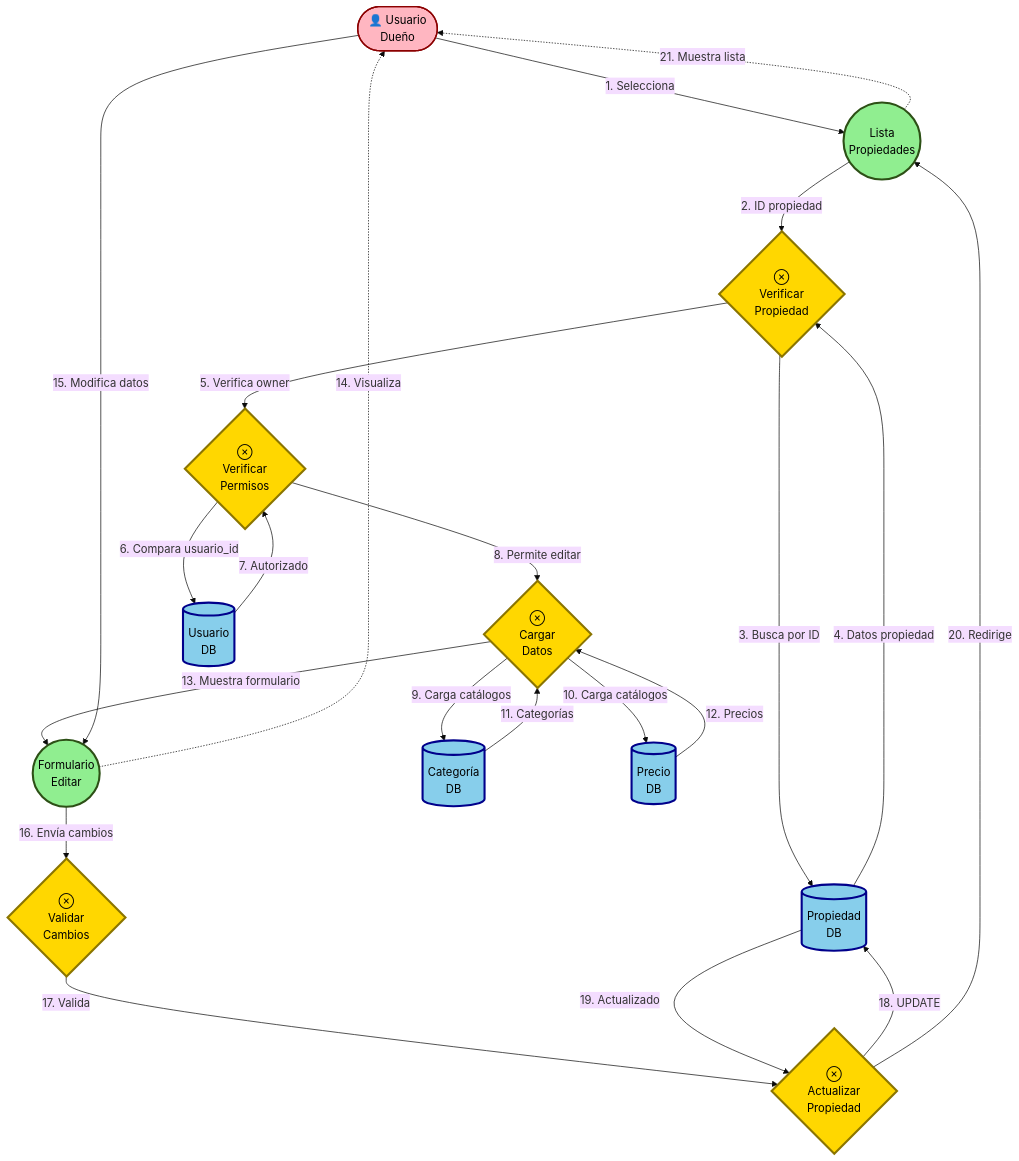
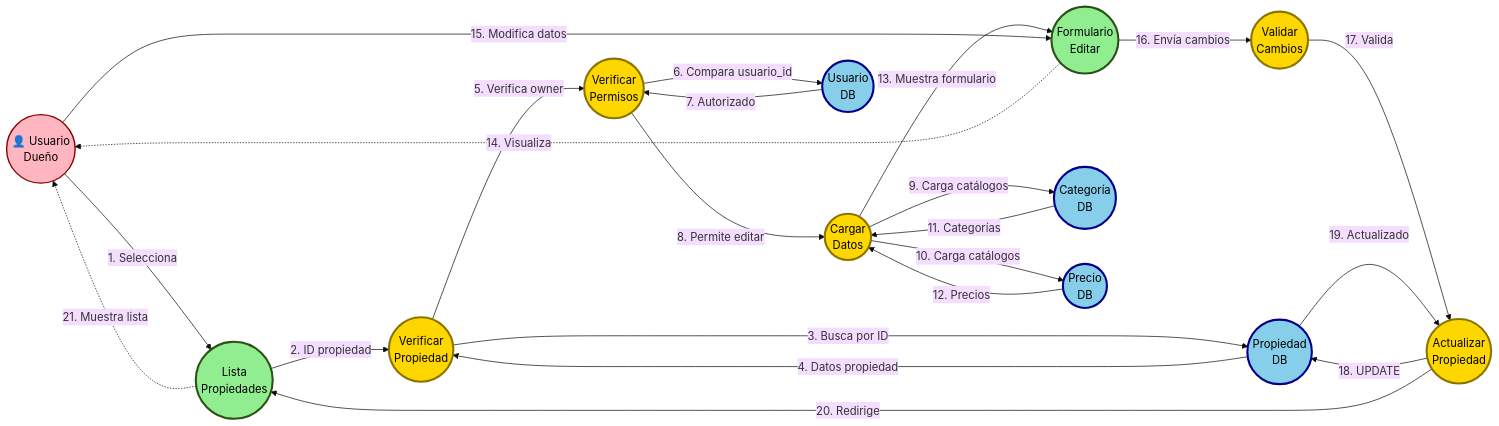
Before and after one commit to cgala/TFI_HybridParking: the fourth of 8 diagrams in diagrama-robustez-uml.md, drawn with Mermaid (base theme). The commit also changed other lines of this file and 1 other file, not shown here.

First line of the commit message:
Refactor: Diagramas de robustez con elementos redondos y diseño horizontal

````diff
--- a/diagrama-robustez-uml.md
+++ b/diagrama-robustez-uml.md
@@ -245,54 +245,54 @@
 ```mermaid
-graph TB
-    Actor([👤 Usuario<br/>Dueño])
+graph LR
+    Actor((👤 Usuario<br/>Dueño))
 
     %% BOUNDARIES
     B1((Lista<br/>Propiedades))
     B2((Formulario<br/>Editar))
 
     %% CONTROLS
-    C1{⊗<br/>Verificar<br/>Propiedad}
-    C2{⊗<br/>Cargar<br/>Datos}
-    C3{⊗<br/>Validar<br/>Cambios}
-    C4{⊗<br/>Actualizar<br/>Propiedad}
-    C5{⊗<br/>Verificar<br/>Permisos}
+    C1((Verificar<br/>Propiedad))
+    C2((Cargar<br/>Datos))
+    C3((Validar<br/>Cambios))
+    C4((Actualizar<br/>Propiedad))
+    C5((Verificar<br/>Permisos))
 
     %% ENTITIES
-    E1[(Propiedad<br/>DB)]
-    E2[(Categoría<br/>DB)]
-    E3[(Precio<br/>DB)]
-    E4[(Usuario<br/>DB)]
+    E1((Propiedad<br/>DB))
+    E2((Categoría<br/>DB))
+    E3((Precio<br/>DB))
+    E4((Usuario<br/>DB))
 
     Actor -->|1. Selecciona| B1
     B1 -->|2. ID propiedad| C1
     C1 -->|3. Busca por ID| E1
     E1 -->|4. Datos propiedad| C1
     C1 -->|5. Verifica owner| C5
     C5 -->|6. Compara usuario_id| E4
     E4 -->|7. Autorizado| C5
     C5 -->|8. Permite editar| C2
     C2 -->|9. Carga catálogos| E2
     C2 -->|10. Carga catálogos| E3
     E2 -->|11. Categorías| C2
     E3 -->|12. Precios| C2
     C2 -->|13. Muestra formulario| B2
     B2 -.->|14. Visualiza| Actor
 
     Actor -->|15. Modifica datos| B2
     B2 -->|16. Envía cambios| C3
     C3 -->|17. Valida| C4
     C4 -->|18. UPDATE| E1
     E1 -->|19. Actualizado| C4
     C4 -->|20. Redirige| B1
     B1 -.->|21. Muestra lista| Actor
 
     classDef boundary fill:#90EE90,stroke:#2d5016,stroke-width:3px,color:#000
     classDef control fill:#FFD700,stroke:#8B7500,stroke-width:3px,color:#000
     classDef entity fill:#87CEEB,stroke:#00008B,stroke-width:3px,color:#000
     classDef actor fill:#FFB6C1,stroke:#8B0000,stroke-width:2px,color:#000
 
     class B1,B2 boundary
     class C1,C2,C3,C4,C5 control
     class E1,E2,E3,E4 entity
     class Actor actor
 ```
````
